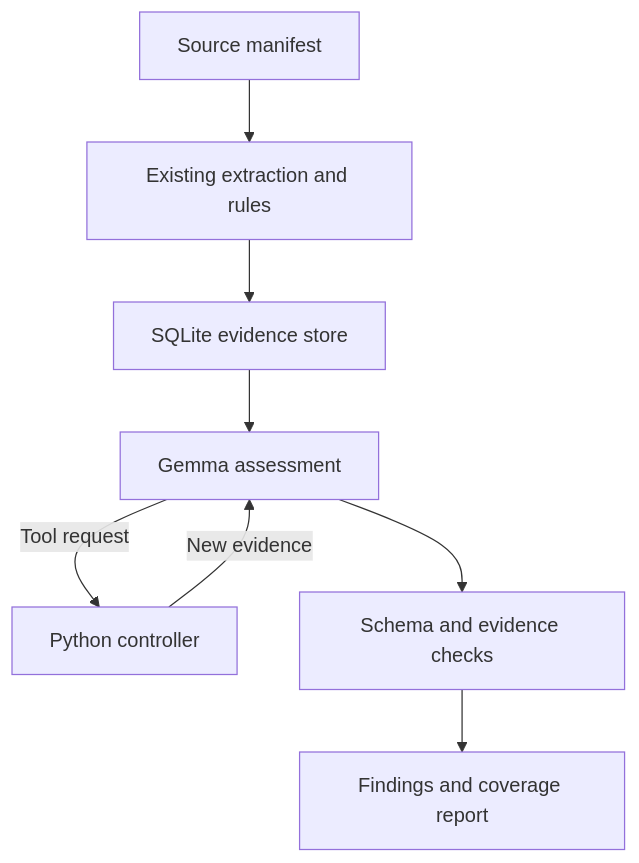
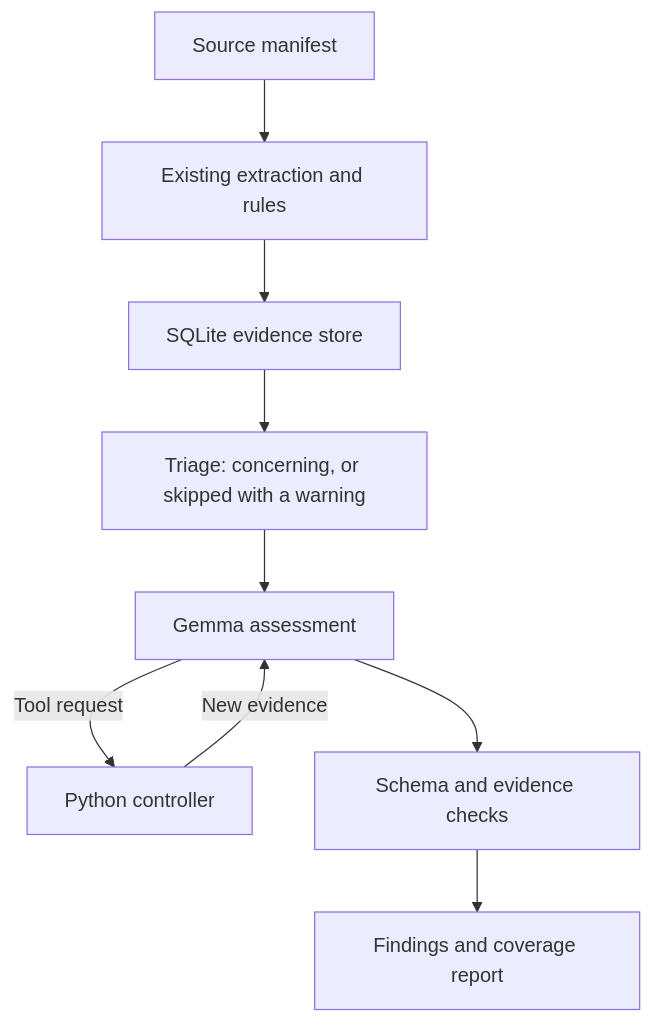
One commit to Christinantony/drawing-verification-ai changed the diagram in SUPERVISOR_EDITION.md. Above: the diagram before and after it, drawn with Mermaid. The commit also changed other lines of this file and 8 other files, not shown here.

````diff
--- a/SUPERVISOR_EDITION.md
+++ b/SUPERVISOR_EDITION.md
@@ -80,10 +120,11 @@
 ```mermaid
 flowchart TD
     A[Source manifest] --> B[Existing extraction and rules]
     B --> C[SQLite evidence store]
-    C --> D[Gemma assessment]
+    C --> T[Triage: concerning, or skipped with a warning]
+    T --> D[Gemma assessment]
     D -->|Tool request| E[Python controller]
     E -->|New evidence| D
     D --> F[Schema and evidence checks]
     F --> G[Findings and coverage report]
 ```
````
